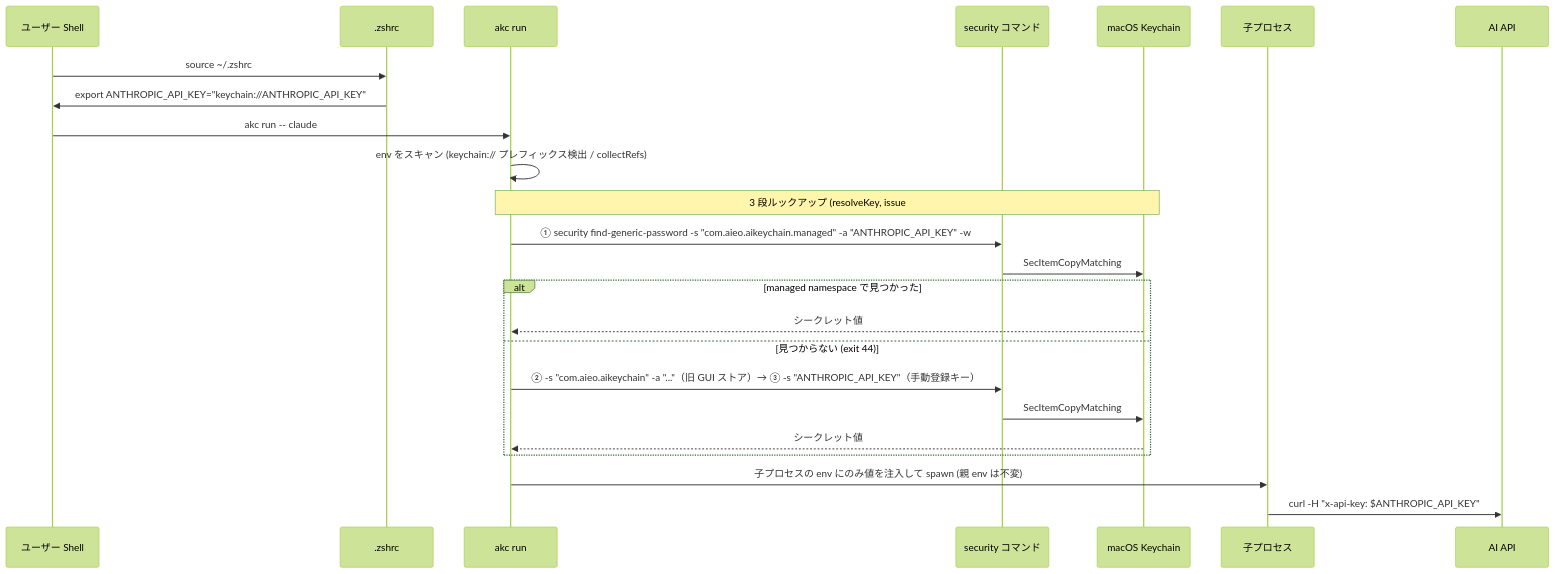
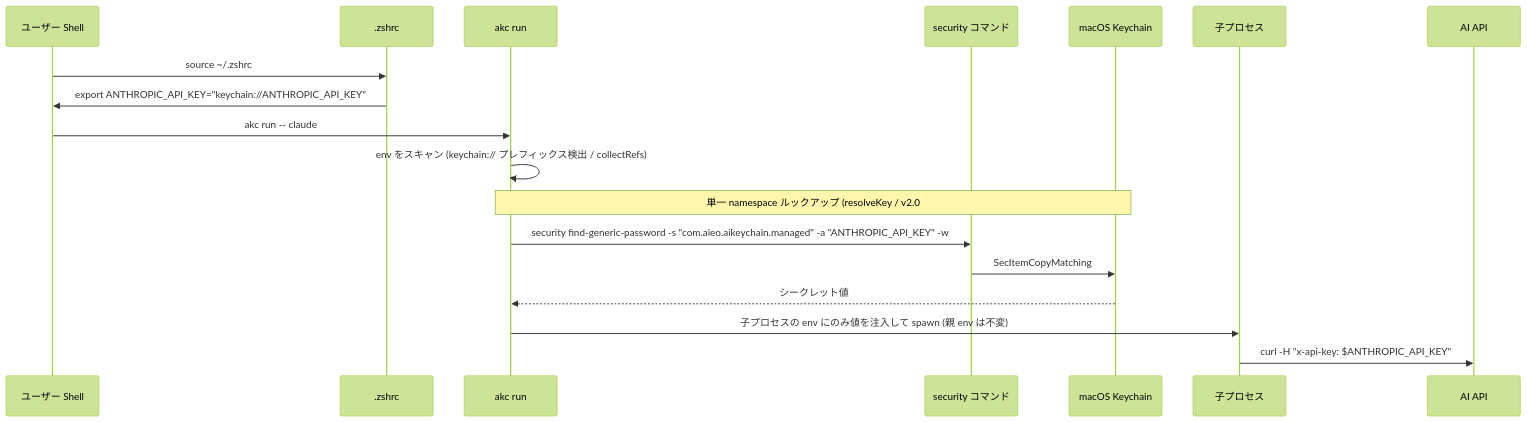
The third of 6 diagrams in docs/design/architecture.md (aieo-product/AIkeychain), drawn with Mermaid (forest theme) before and after one commit. The commit also changed other lines of this file and 28 other files, not shown here.

First line of the commit message:
feat!: v2.0 — managed 単一 namespace への完全リニューアル（legacy 互換撤去）

````diff
--- a/docs/design/architecture.md
+++ b/docs/design/architecture.md
@@ -104,27 +104,21 @@
 ```mermaid
 sequenceDiagram
     participant Shell as ユーザー Shell
     participant Zshrc as .zshrc
     participant Akc as akc run
     participant Security as security コマンド
     participant Keychain as macOS Keychain
     participant Child as 子プロセス
     participant API as AI API
 
     Shell->>Zshrc: source ~/.zshrc
     Zshrc->>Shell: export ANTHROPIC_API_KEY="keychain://ANTHROPIC_API_KEY"
     Shell->>Akc: akc run -- claude
     Akc->>Akc: env をスキャン (keychain:// プレフィックス検出 / collectRefs)
-    Note over Akc,Keychain: 3 段ルックアップ (resolveKey, issue #91/#167)
-    Akc->>Security: ① security find-generic-password -s "com.aieo.aikeychain.managed" -a "ANTHROPIC_API_KEY" -w
+    Note over Akc,Keychain: 単一 namespace ルックアップ (resolveKey / v2.0 #188)
+    Akc->>Security: security find-generic-password -s "com.aieo.aikeychain.managed" -a "ANTHROPIC_API_KEY" -w
     Security->>Keychain: SecItemCopyMatching
-    alt managed namespace で見つかった
-        Keychain-->>Akc: シークレット値
-    else 見つからない (exit 44)
-        Akc->>Security: ② -s "com.aieo.aikeychain" -a "..."（旧 GUI ストア）→ ③ -s "ANTHROPIC_API_KEY"（手動登録キー）
-        Security->>Keychain: SecItemCopyMatching
-        Keychain-->>Akc: シークレット値
-    end
+    Keychain-->>Akc: シークレット値
     Akc->>Child: 子プロセスの env にのみ値を注入して spawn (親 env は不変)
     Child->>API: curl -H "x-api-key: $ANTHROPIC_API_KEY"
 ```
````
